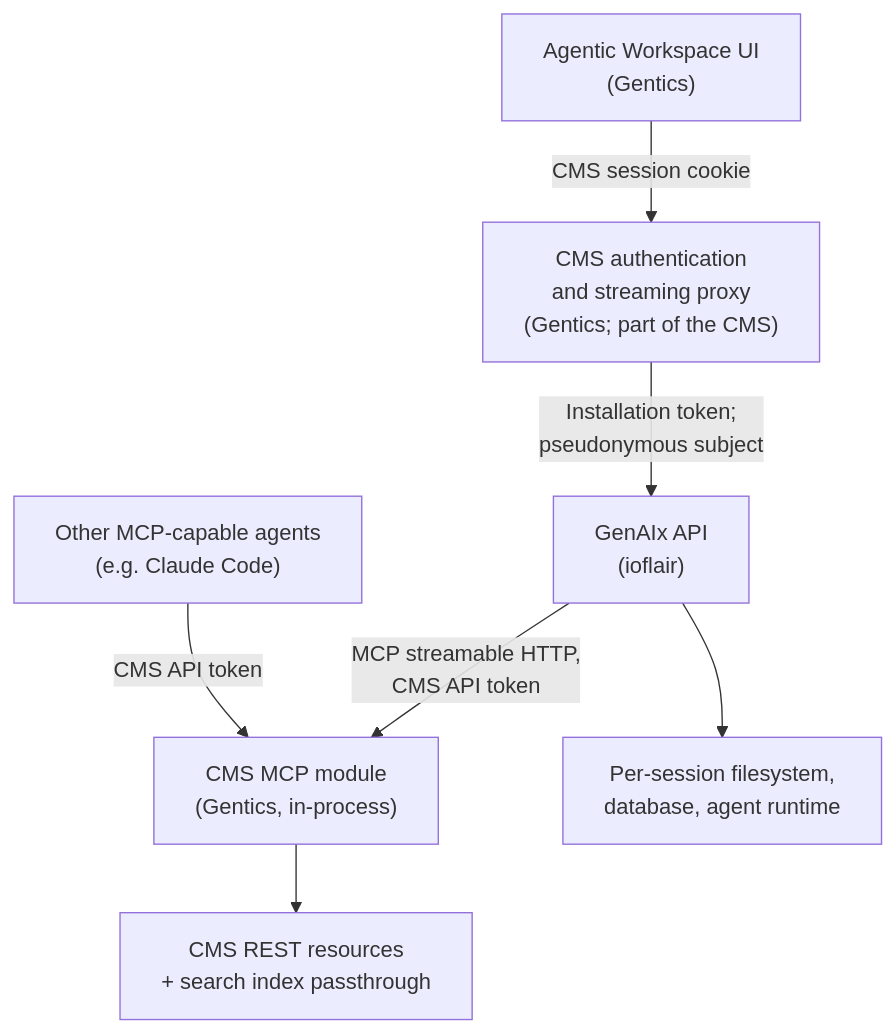
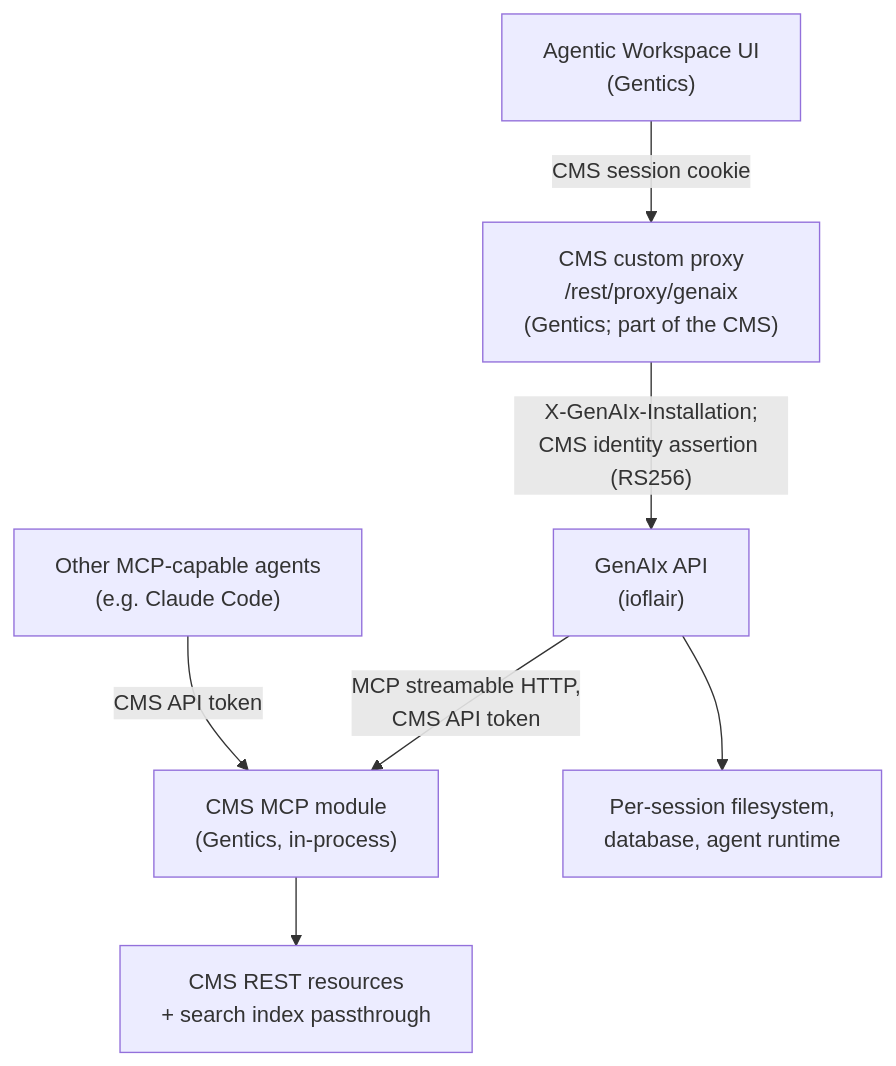
One commit to gentics/cms-oss changed the diagram in workspace-ui/.claude/contracts/genaix-docs/01-architecture.md. Above: the diagram before and after it, drawn with Mermaid. The commit also changed other lines of this file and 18 other files, not shown here.

````diff
--- a/workspace-ui/.claude/contracts/genaix-docs/01-architecture.md
+++ b/workspace-ui/.claude/contracts/genaix-docs/01-architecture.md
@@ -27,17 +27,17 @@
 ```mermaid
 flowchart TD
     UI["Agentic Workspace UI<br/>(Gentics)"]
     EXT["Other MCP-capable agents<br/>(e.g. Claude Code)"]
-    PROXY["CMS authentication<br/>and streaming proxy<br/>(Gentics; part of the CMS)"]
+    PROXY["CMS custom proxy<br/>/rest/proxy/genaix<br/>(Gentics; part of the CMS)"]
     GENAIX["GenAIx API<br/>(ioflair)"]
     MCP["CMS MCP module<br/>(Gentics, in-process)"]
     STORE["Per-session filesystem,<br/>database, agent runtime"]
     REST["CMS REST resources<br/>+ search index passthrough"]
 
     UI -->|CMS session cookie| PROXY
-    PROXY -->|"Installation token;<br/>pseudonymous subject"| GENAIX
+    PROXY -->|"X-GenAIx-Installation;<br/>CMS identity assertion (RS256)"| GENAIX
     EXT -->|CMS API token| MCP
     GENAIX -->|"MCP streamable HTTP,<br/>CMS API token"| MCP
     GENAIX --> STORE
     MCP --> REST
 ```
````
